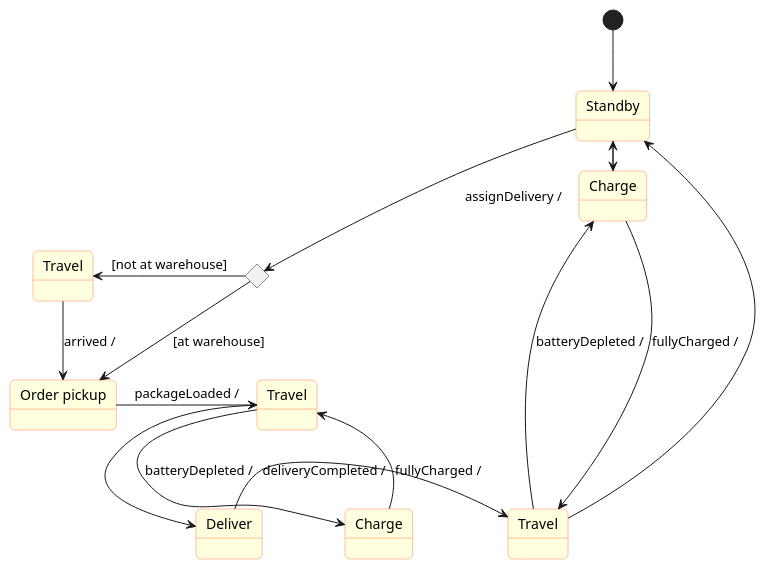
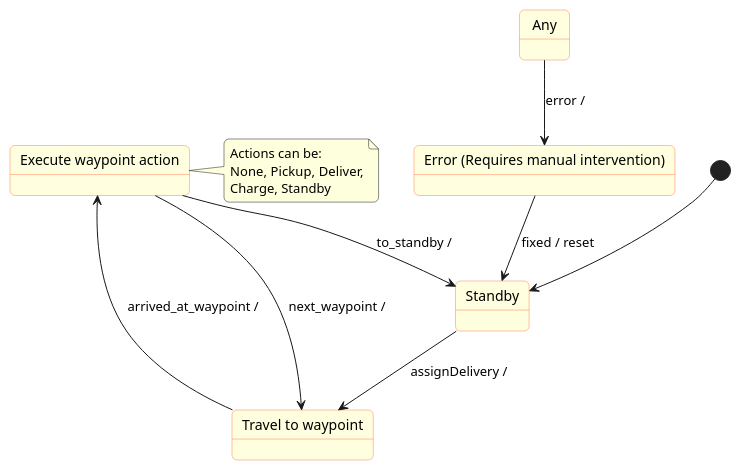
Before and after one commit to mathiahb/TTM4115_G13_V2026: the diagram in docs/state-machine-1-drone.md, drawn with PlantUML.

Commit message:
Updated the documentation for the drone state machine in preparation for the refactoring

````diff
--- a/docs/state-machine-1-drone.md
+++ b/docs/state-machine-1-drone.md
@@ -7,45 +7,31 @@
 ```plantuml
 @startuml
 skinparam roundcorner 10
 skinparam state {
   BackgroundColor LightYellow
   BorderColor Coral
 }
 
 state "Standby" as Standby
-state "Charge" as ChargeTop
-state "Travel" as TravelToWh
-state "Order pickup" as OrderPickup
-state "Travel" as TravelToCustomer
-state "Charge" as ChargeBottom
-state "Deliver" as Deliver
-state "Travel" as TravelReturn
-state choice1 <<choice>>
+state "Travel to waypoint" as Travel
+state "Execute waypoint action" as Execute
+state "Error (Requires manual intervention)" as Error
+state "Any" as AnyState
 
 [*] --> Standby
 
-Standby -right-> ChargeTop : batteryDepleted /
-ChargeTop -left-> Standby : fullyCharged /
+Standby --> Travel : assignDelivery /
+Travel --> Execute : arrived_at_waypoint /
+Execute --> Travel : next_waypoint /
+Execute --> Standby : to_standby /
+AnyState --> Error : error /
+Error --> Standby : fixed / reset
 
-Standby --> choice1 : assignDelivery /
-
-choice1 -left-> TravelToWh : [not at warehouse]
-choice1 --> OrderPickup : [at warehouse]
-
-TravelToWh -right-> OrderPickup : arrived /
-OrderPickup -right-> TravelToCustomer : packageLoaded /
-
-TravelToCustomer -down-> ChargeBottom : batteryDepleted /
-ChargeBottom -up-> TravelToCustomer : fullyCharged /
-
-TravelToCustomer -down-> Deliver
-
-Deliver -right-> TravelReturn : deliveryCompleted /
-
-TravelReturn -up-> ChargeTop : batteryDepleted /
-ChargeTop -down-> TravelReturn : fullyCharged /
-
-TravelReturn -left-> Standby
+note right of Execute
+  Actions can be:
+  None, Pickup, Deliver,
+  Charge, Standby
+end note
 
 @enduml
 ```
````
